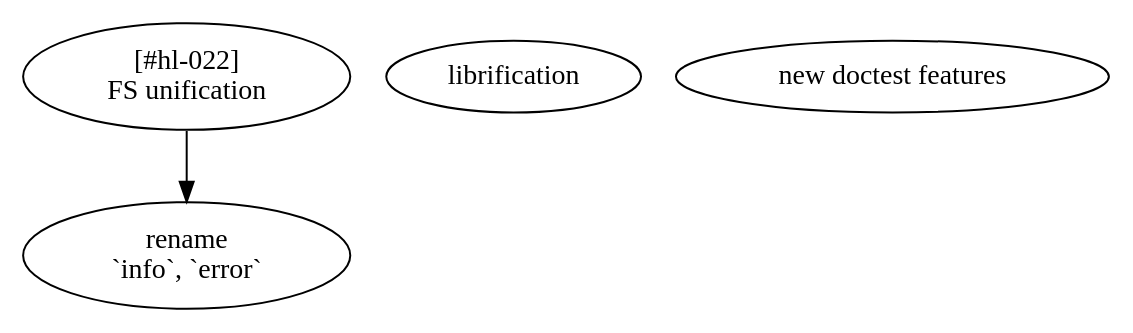
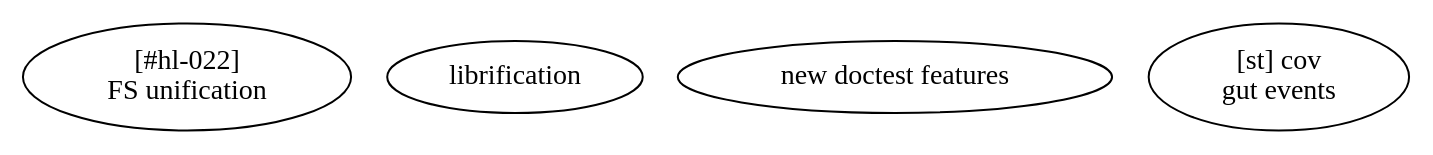
One commit to hipe/tmx changed the diagram in doc/the-big-picture-of-now-02.dot. Above: the diagram before and after it, drawn with Graphviz. The commit also changed 74 other files, not shown here.

```diff
--- a/doc/the-big-picture-of-now-02.dot
+++ b/doc/the-big-picture-of-now-02.dot
@@ -1,13 +1,11 @@
 digraph {
 
   022 [label="[#hl-022]\nFS unification"]
 
   lib [label="librification"]
 
   dct [label="new doctest features"]
 
-  annoy [label="rename\n`info`, `error`"]
-
-  022->annoy
+  st_009 [label="[st] cov\ngut events"]
 
 }
```
